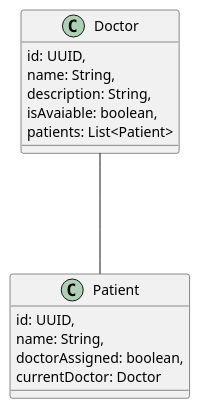
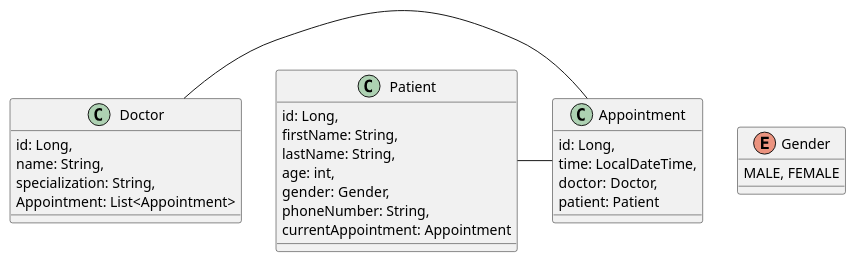
Before and after one commit to ManikantaMandala/doctor-patient-service: the diagram in schema.md, drawn with PlantUML. The commit also changed 3 other files, not shown here.

Commit message:
fix: modified README.md according to the schema

```diff
--- a/schema.md
+++ b/schema.md
@@ -1,20 +1,34 @@
 @startuml
 
 class Doctor {
-    id: UUID,
+    id: Long,
     name: String,
-    description: String,
-    isAvaiable: boolean,
-    patients: List<Patient>
+    specialization: String,
+    Appointment: List<Appointment>
 }
 
 class Patient {
-    id: UUID,
-    name: String,
-    doctorAssigned: boolean,
-    currentDoctor: Doctor
+    id: Long,
+    firstName: String,
+    lastName: String,
+    age: int,
+    gender: Gender,
+    phoneNumber: String,
+    currentAppointment: Appointment
 }
 
-Doctor --- Patient
+class Appointment {
+    id: Long,
+    time: LocalDateTime,
+    doctor: Doctor,
+    patient: Patient
+}
+
+enum Gender {
+    MALE, FEMALE
+}
+
+Doctor - Appointment
+Patient - Appointment
 
 @enduml
```
